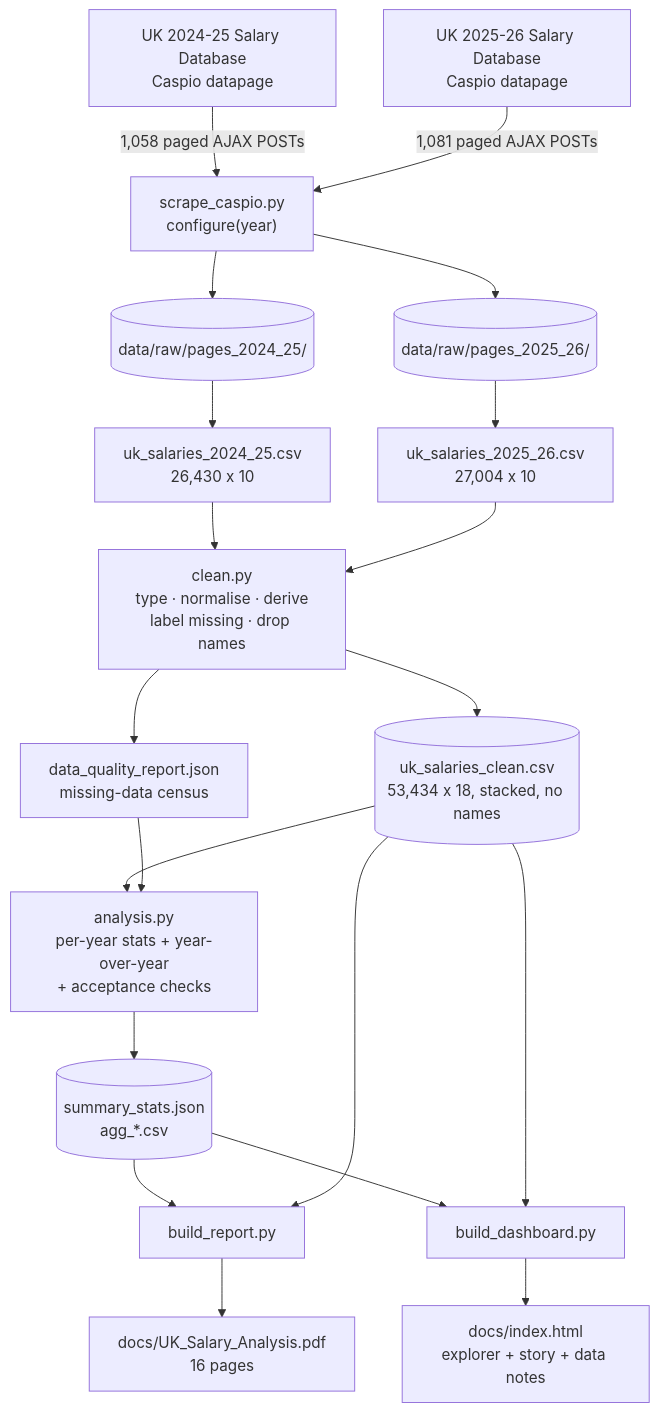
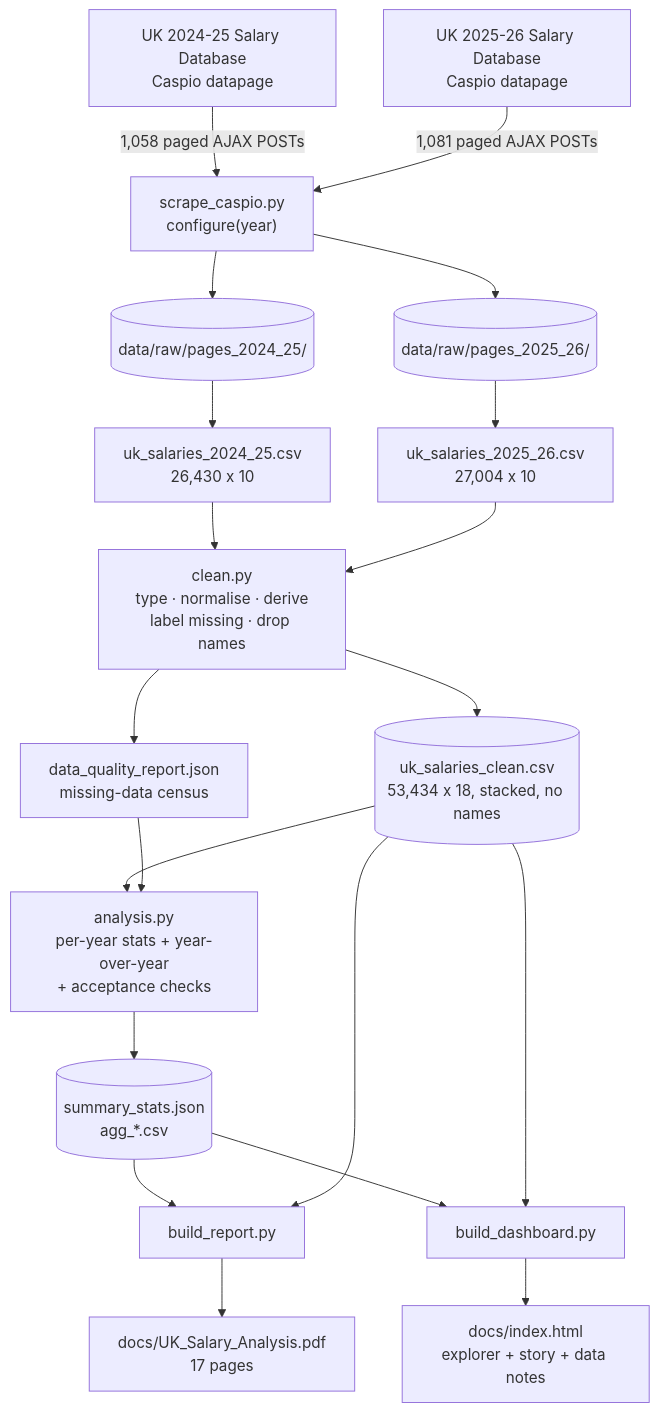
Before and after one commit to ShivaKumar8037/Univ_of_Kentucky_Salaries_Analysis: the diagram in docs/METHODOLOGY.md, drawn with Mermaid. The commit also changed other lines of this file and 5 other files, not shown here.

````diff
--- a/docs/METHODOLOGY.md
+++ b/docs/METHODOLOGY.md
@@ -30,22 +30,22 @@
 ```mermaid
 flowchart TD
     A1["UK 2024-25 Salary Database<br/>Caspio datapage"] -->|"1,058 paged AJAX POSTs"| B["scrape_caspio.py<br/>configure(year)"]
     A2["UK 2025-26 Salary Database<br/>Caspio datapage"] -->|"1,081 paged AJAX POSTs"| B
     B --> C1[("data/raw/pages_2024_25/")]
     B --> C2[("data/raw/pages_2025_26/")]
     C1 --> D1["uk_salaries_2024_25.csv<br/>26,430 x 10"]
     C2 --> D2["uk_salaries_2025_26.csv<br/>27,004 x 10"]
     D1 --> E["clean.py<br/>type · normalise · derive<br/>label missing · drop names"]
     D2 --> E
     E --> F[("uk_salaries_clean.csv<br/>53,434 x 18, stacked, no names")]
     E --> G["data_quality_report.json<br/>missing-data census"]
     F --> H["analysis.py<br/>per-year stats + year-over-year<br/>+ acceptance checks"]
     G --> H
     H --> I[("summary_stats.json<br/>agg_*.csv")]
     I --> J["build_report.py"]
     I --> K["build_dashboard.py"]
     F --> J
     F --> K
-    J --> L["docs/UK_Salary_Analysis.pdf<br/>16 pages"]
+    J --> L["docs/UK_Salary_Analysis.pdf<br/>17 pages"]
     K --> M["docs/index.html<br/>explorer + story + data notes"]
 ```
````
